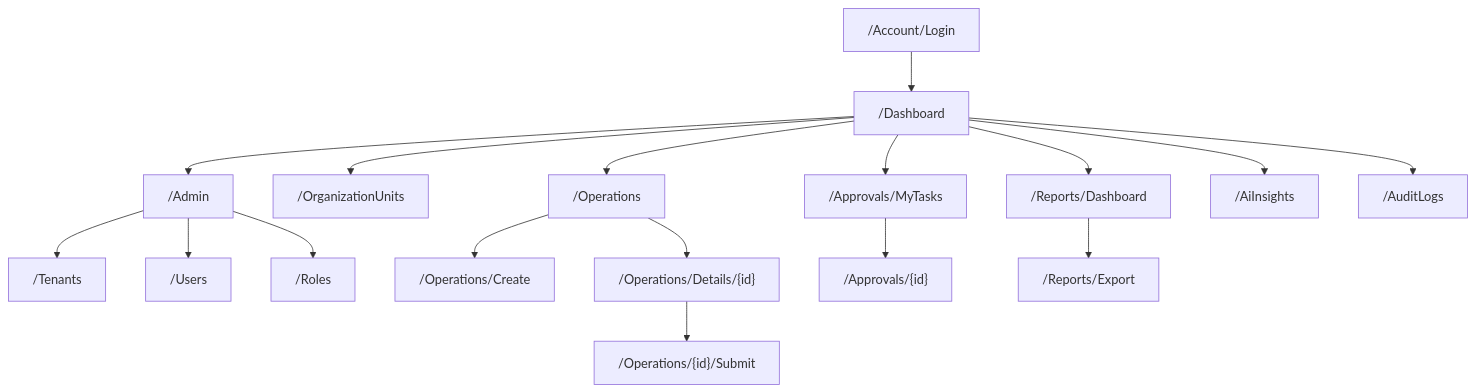
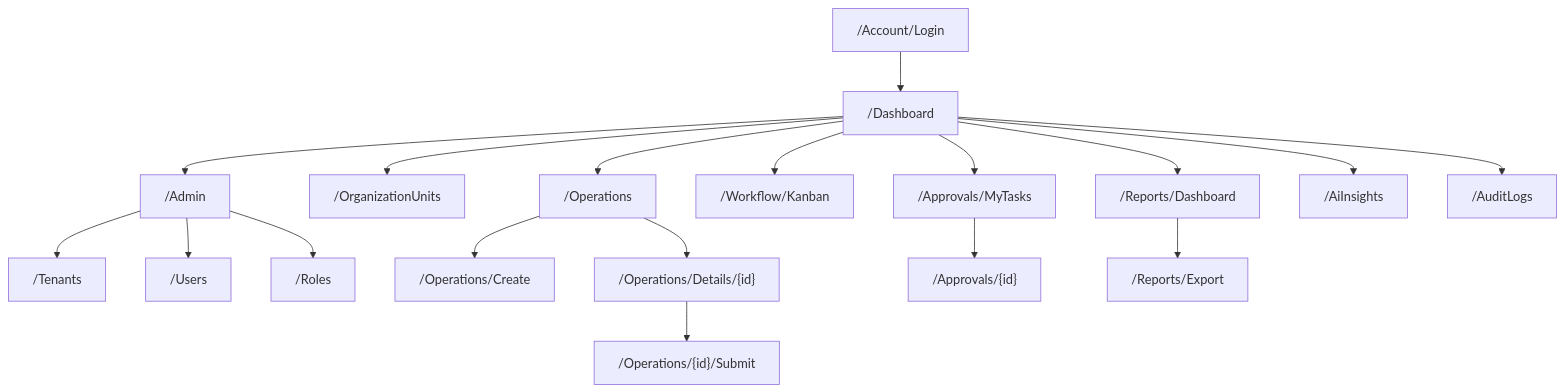
One commit to quanptatb/OmniBizAI changed the tenth of 11 diagrams in docs/05-System-Design-and-Diagrams.md. Above: the diagram before and after it, drawn with Mermaid. The commit also changed other lines of this file and 15 other files, not shown here.

Commit message:
feat: implement workflow operations module with Kanban board, task details, and approval tracking

````diff
--- a/docs/05-System-Design-and-Diagrams.md
+++ b/docs/05-System-Design-and-Diagrams.md
@@ -303,19 +355,20 @@
 ```mermaid
 flowchart TB
     Login["/Account/Login"] --> Home["/Dashboard"]
     Home --> Admin["/Admin"]
     Admin --> Tenants["/Tenants"]
     Admin --> Users["/Users"]
     Admin --> Roles["/Roles"]
     Home --> Org["/OrganizationUnits"]
     Home --> Ops["/Operations"]
     Ops --> OpsCreate["/Operations/Create"]
     Ops --> OpsDetails["/Operations/Details/{id}"]
     OpsDetails --> OpsSubmit["/Operations/{id}/Submit"]
+    Home --> Kanban["/Workflow/Kanban"]
     Home --> Approvals["/Approvals/MyTasks"]
     Approvals --> ApprovalDetails["/Approvals/{id}"]
     Home --> Reports["/Reports/Dashboard"]
     Reports --> Export["/Reports/Export"]
     Home --> AI["/AiInsights"]
     Home --> Audit["/AuditLogs"]
 ```
````
